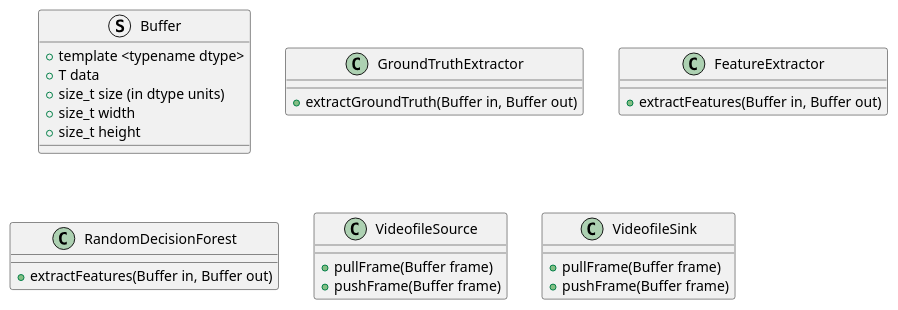
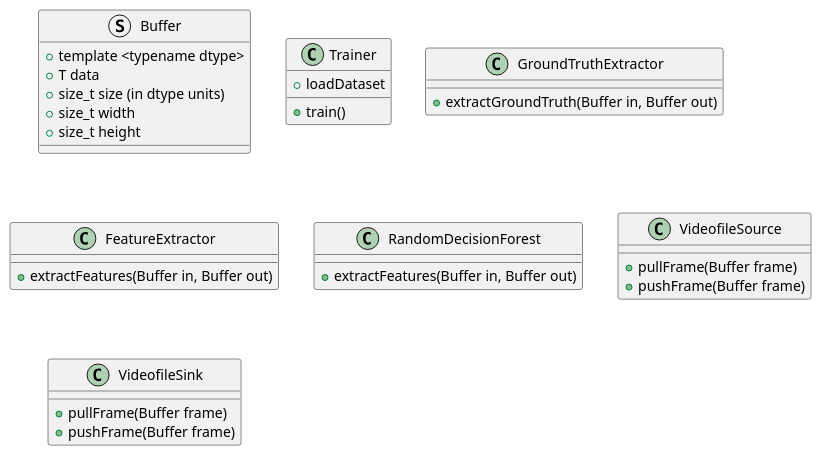
Before and after one commit to franGuindon/ProyectoTFG: the first of 2 diagrams in docs/design/design.md, drawn with PlantUML.

Commit message:
Add trainer class to design

```diff
--- a/docs/design/design.md
+++ b/docs/design/design.md
@@ -3,33 +3,38 @@
 @startuml
 
 struct Buffer {
   + template <typename dtype>
   + T data
   {field} + size_t size (in dtype units)
   + size_t width
   + size_t height
+}
+
+class Trainer {
+  + loadDataset
+  + train()
 }
 
 class GroundTruthExtractor {
   + extractGroundTruth(Buffer in, Buffer out)
 }
 
 class FeatureExtractor {
   + extractFeatures(Buffer in, Buffer out)
 }
 
 class RandomDecisionForest {
   + extractFeatures(Buffer in, Buffer out)
 }
 
 class VideofileSource {
   + pullFrame(Buffer frame)
   + pushFrame(Buffer frame)
 }
 
 class VideofileSink {
   + pullFrame(Buffer frame)
   + pushFrame(Buffer frame)
 }
 
 @enduml
```
